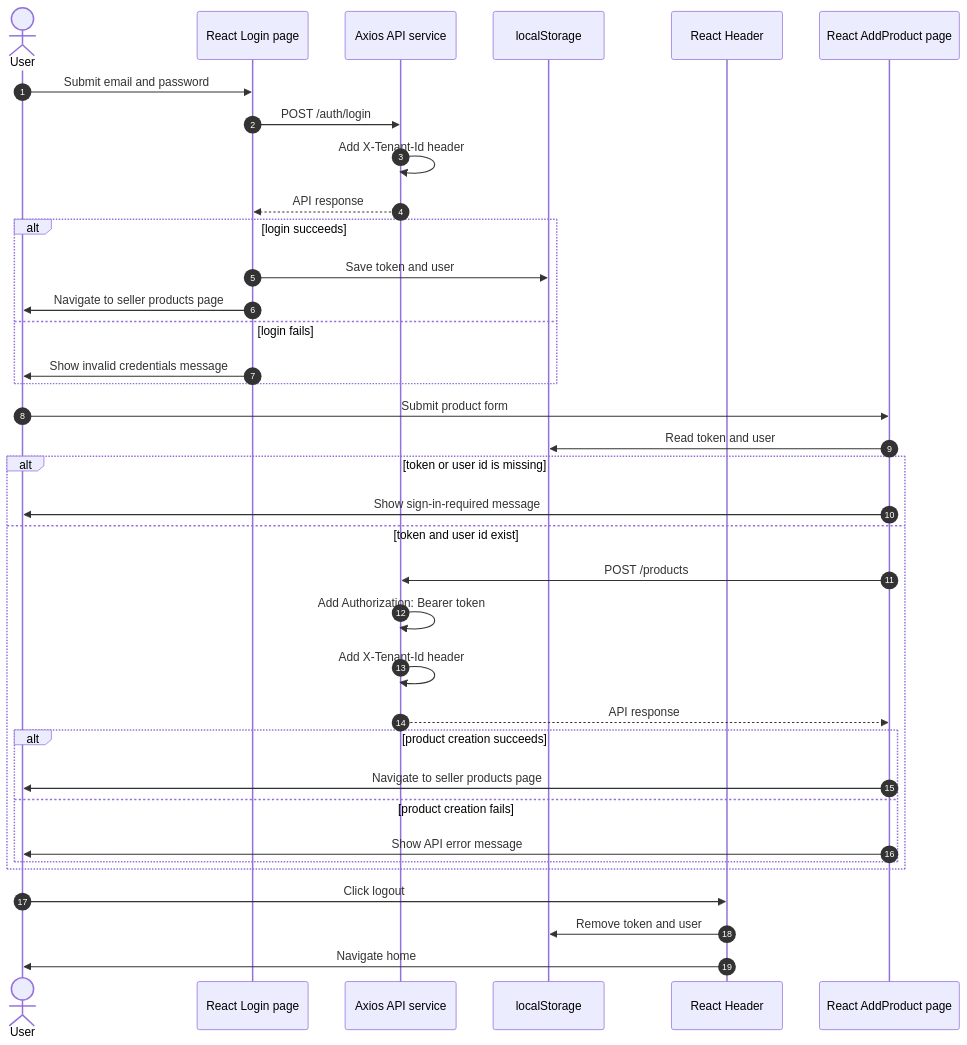
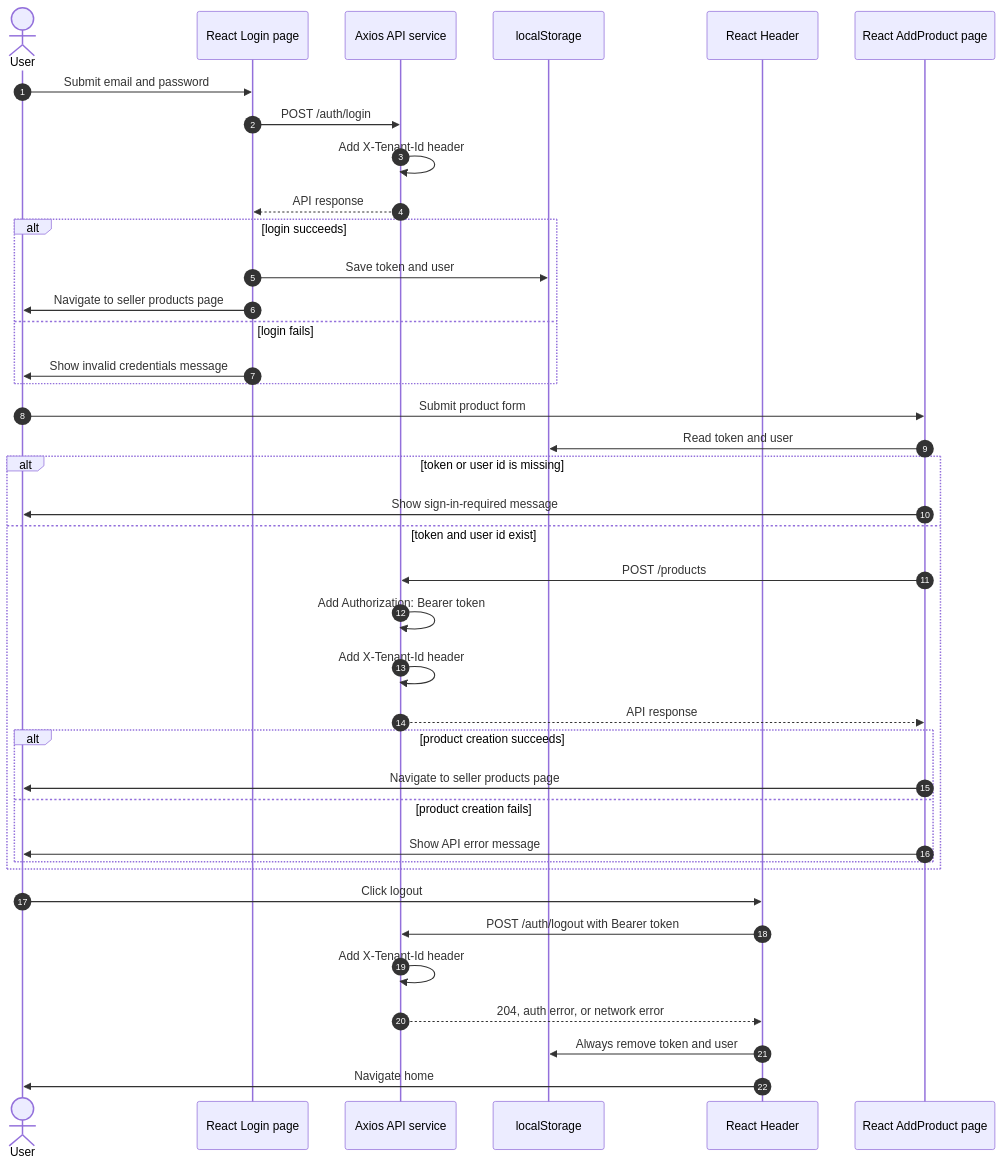
Before and after one commit to viniciuspizettadesouza/ufsc-dso2-trabalho1-mercadozetta: the second of 3 diagrams in docs/authentication-flow.md, drawn with Mermaid. The commit also changed other lines of this file and 23 other files, not shown here.

Commit message:
feat: harden tenant-aware authentication flow (#64)

````diff
--- a/docs/authentication-flow.md
+++ b/docs/authentication-flow.md
@@ -32,44 +34,47 @@
 ```mermaid
 sequenceDiagram
     autonumber
     actor User
     participant Login as React Login page
     participant Api as Axios API service
     participant Browser as localStorage
     participant Header as React Header
     participant AddProduct as React AddProduct page
 
     User->>Login: Submit email and password
     Login->>Api: POST /auth/login
     Api->>Api: Add X-Tenant-Id header
     Api-->>Login: API response
 
     alt login succeeds
         Login->>Browser: Save token and user
         Login->>User: Navigate to seller products page
     else login fails
         Login->>User: Show invalid credentials message
     end
 
     User->>AddProduct: Submit product form
     AddProduct->>Browser: Read token and user
 
     alt token or user id is missing
         AddProduct->>User: Show sign-in-required message
     else token and user id exist
         AddProduct->>Api: POST /products
         Api->>Api: Add Authorization: Bearer token
         Api->>Api: Add X-Tenant-Id header
         Api-->>AddProduct: API response
 
         alt product creation succeeds
             AddProduct->>User: Navigate to seller products page
         else product creation fails
             AddProduct->>User: Show API error message
         end
     end
 
     User->>Header: Click logout
-    Header->>Browser: Remove token and user
+    Header->>Api: POST /auth/logout with Bearer token
+    Api->>Api: Add X-Tenant-Id header
+    Api-->>Header: 204, auth error, or network error
+    Header->>Browser: Always remove token and user
     Header->>User: Navigate home
 ```
````
